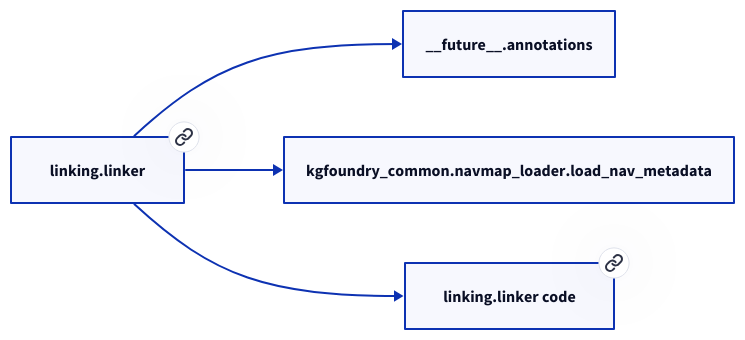
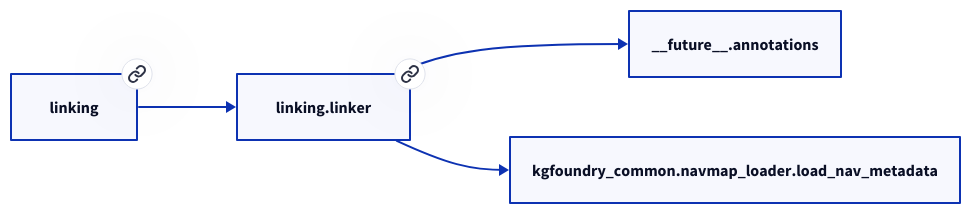
Before and after one commit to paul-heyse/kgforge: the second of 2 diagrams in docs/modules/linking/linker.md, drawn with D2. The commit also changed other lines of this file and 208 other files, not shown here.

````diff
--- a/docs/modules/linking/linker.md
+++ b/docs/modules/linking/linker.md
@@ -34,10 +38,10 @@
 ```d2
 direction: right
-"linking.linker": "linking.linker" { link: "./linking/linker.md" }
+"linking.linker": "linking.linker" { link: "https://github.com/paul-heyse/kgfoundry/blob/main/src/linking/linker.py" }
 "__future__.annotations": "__future__.annotations"
 "linking.linker" -> "__future__.annotations"
 "kgfoundry_common.navmap_loader.load_nav_metadata": "kgfoundry_common.navmap_loader.load_nav_metadata"
 "linking.linker" -> "kgfoundry_common.navmap_loader.load_nav_metadata"
-"linking.linker_code": "linking.linker code" { link: "https://github.com/kgfoundry/kgfoundry/blob/main/src/linking/linker.py" }
-"linking.linker" -> "linking.linker_code" { style: dashed }
+"linking": "linking" { link: "https://github.com/paul-heyse/kgfoundry/blob/main/src/linking/__init__.py" }
+"linking" -> "linking.linker" { style: dashed }
 ```
````
